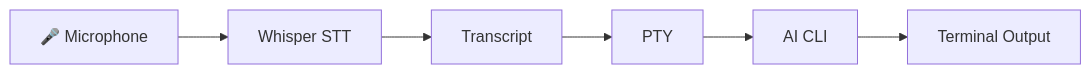
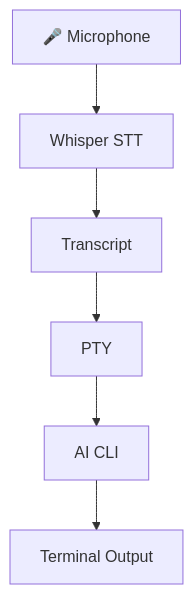
One commit to jguida941/codex-voice changed the diagram in README.md. Above: the diagram before and after it, drawn with Mermaid.

Commit message:
Change Mermaid flowchart to vertical layout

````diff
--- a/README.md
+++ b/README.md
@@ -35,8 +35,8 @@
 ```mermaid
-graph LR
+graph TD
     A["🎤 Microphone"] --> B["Whisper STT"]
     B --> C["Transcript"]
     C --> D["PTY"]
     D --> E["AI CLI"]
     E --> F["Terminal Output"]
 ```
````
